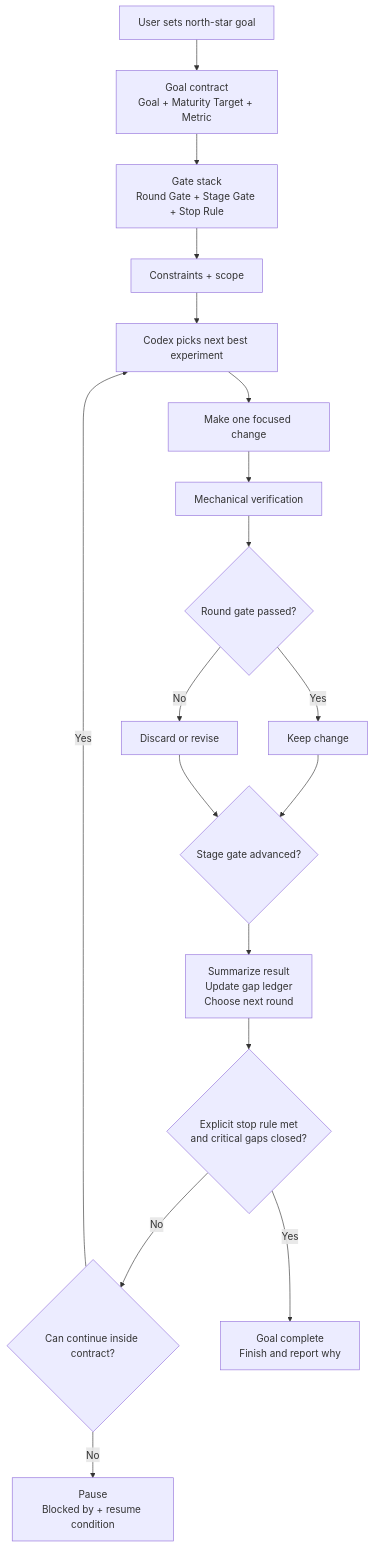
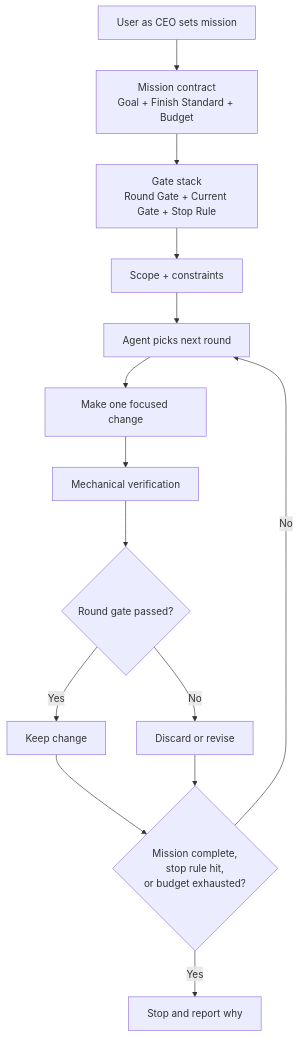
The first of 4 diagrams in references/visual-map.md (waterme7on/superloop), drawn with Mermaid before and after one commit. The commit also changed other lines of this file and 10 other files, not shown here.

Commit message:
Reposition Superloop as a CEO-to-agent harness

````diff
--- a/references/visual-map.md
+++ b/references/visual-map.md
@@ -7,20 +7,16 @@
 ```mermaid
 flowchart TD
-    A["User sets north-star goal"] --> B["Goal contract\nGoal + Maturity Target + Metric"]
-    B --> C["Gate stack\nRound Gate + Stage Gate + Stop Rule"]
-    C --> D["Constraints + scope"]
-    D --> E["Codex picks next best experiment"]
+    A["User as CEO sets mission"] --> B["Mission contract\nGoal + Finish Standard + Budget"]
+    B --> C["Gate stack\nRound Gate + Current Gate + Stop Rule"]
+    C --> D["Scope + constraints"]
+    D --> E["Agent picks next round"]
     E --> F["Make one focused change"]
     F --> G["Mechanical verification"]
     G --> H{"Round gate passed?"}
     H -- Yes --> I["Keep change"]
     H -- No --> J["Discard or revise"]
-    I --> K{"Stage gate advanced?"}
+    I --> K{"Mission complete,\nstop rule hit,\nor budget exhausted?"}
     J --> K
-    K --> L["Summarize result\nUpdate gap ledger\nChoose next round"]
-    L --> M{"Explicit stop rule met\nand critical gaps closed?"}
-    M -- No --> N{"Can continue inside contract?"}
-    M -- Yes --> O["Goal complete\nFinish and report why"]
-    N -- Yes --> E
-    N -- No --> P["Pause\nBlocked by + resume condition"]
+    K -- No --> E
+    K -- Yes --> L["Stop and report why"]
 ```
````
